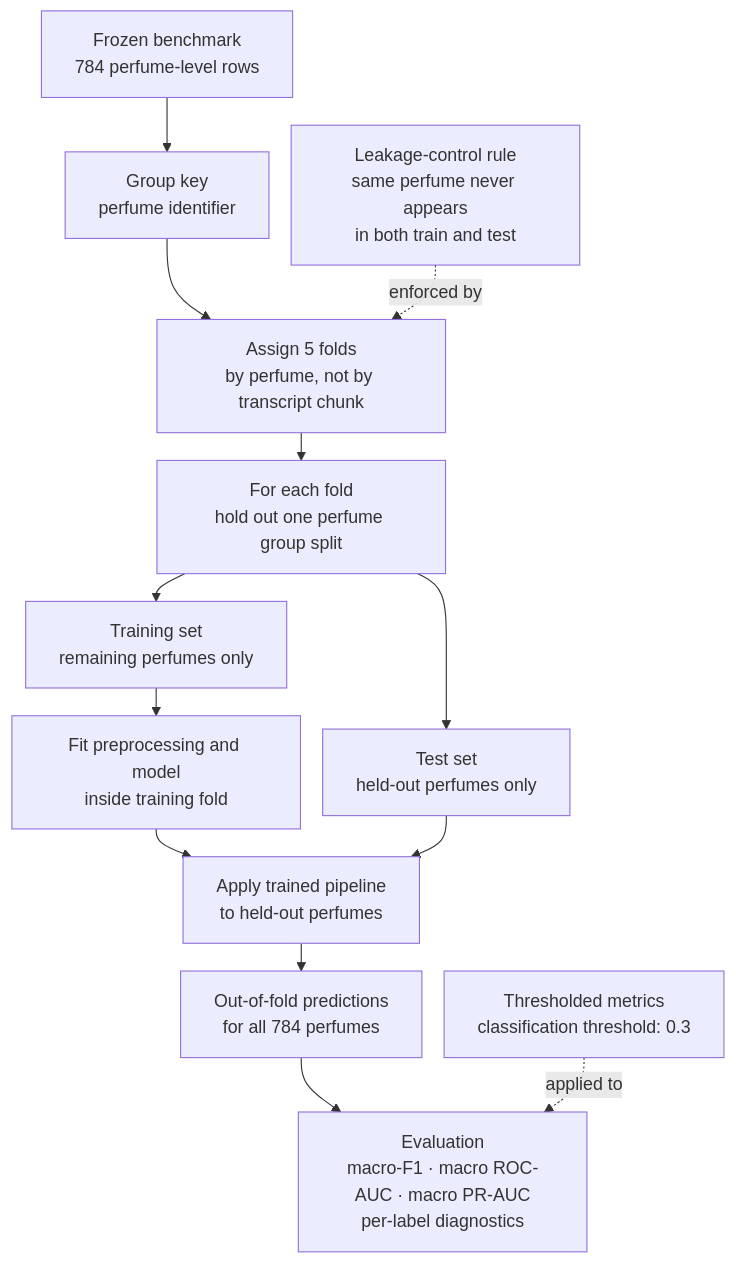
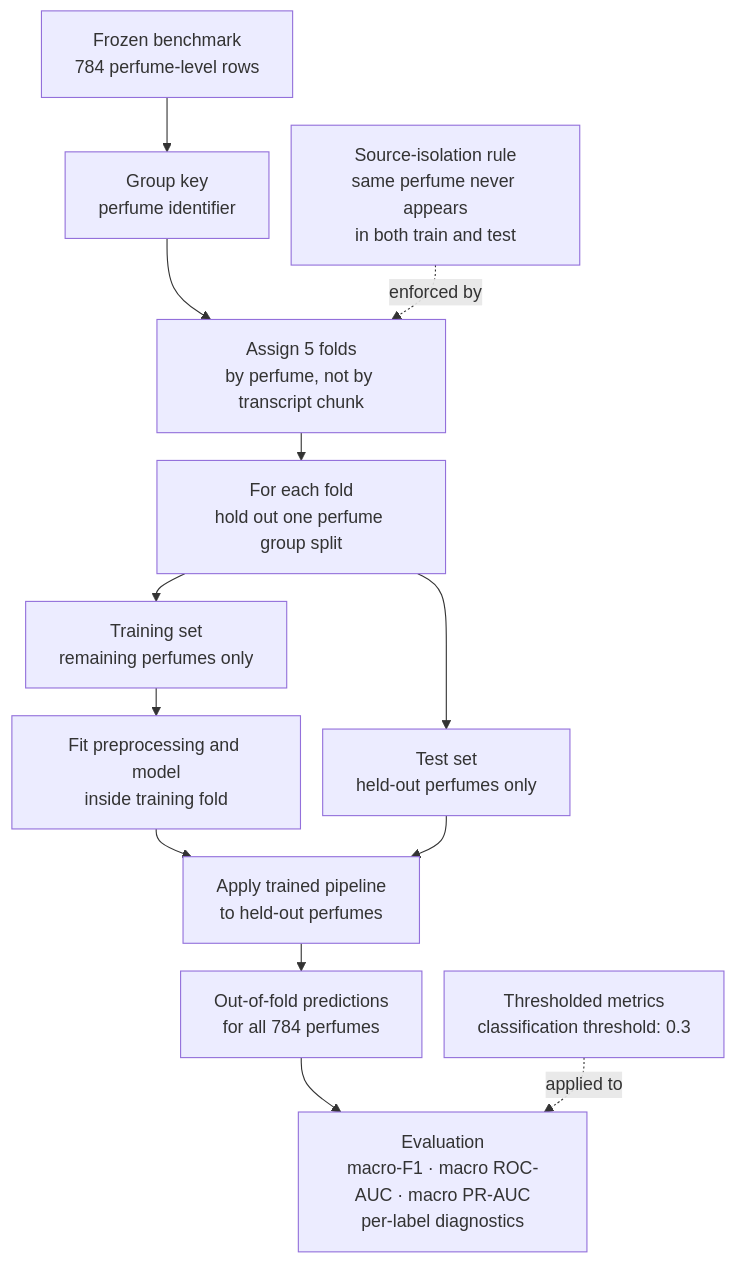
The diagram in docs/diagrams/mermaid/grouped_cross_validation_leakage_control.mmd (ececanga/Sentiment-Analysis-for-Perfume-Reviews), drawn with Mermaid before and after one commit. The commit also changed 85 other files, not shown here.

```diff
--- a/docs/diagrams/mermaid/grouped_cross_validation_leakage_control.mmd
+++ b/docs/diagrams/mermaid/grouped_cross_validation_leakage_control.mmd
@@ -1,27 +1,27 @@
 ---
 config:
   layout: dagre
   flowchart:
     nodeSpacing: 20
     rankSpacing: 25
 ---
 flowchart TD
     A["Frozen benchmark<br/>784 perfume-level rows"]
     B["Group key<br/>perfume identifier"]
 
     A --> B
     B --> C["Assign 5 folds<br/>by perfume, not by transcript chunk"]
 
     C --> D["For each fold<br/>hold out one perfume group split"]
     D --> E["Training set<br/>remaining perfumes only"]
     D --> F["Test set<br/>held-out perfumes only"]
 
     E --> G["Fit preprocessing and model<br/>inside training fold"]
     G --> H["Apply trained pipeline<br/>to held-out perfumes"]
     F --> H
 
     H --> I["Out-of-fold predictions<br/>for all 784 perfumes"]
     I --> J["Evaluation<br/>macro-F1 · macro ROC-AUC · macro PR-AUC<br/>per-label diagnostics"]
 
-    K["Leakage-control rule<br/>same perfume never appears<br/>in both train and test"] -. enforced by .-> C
+    K["Source-isolation rule<br/>same perfume never appears<br/>in both train and test"] -. enforced by .-> C
     L["Thresholded metrics<br/>classification threshold: 0.3"] -. applied to .-> J
```
